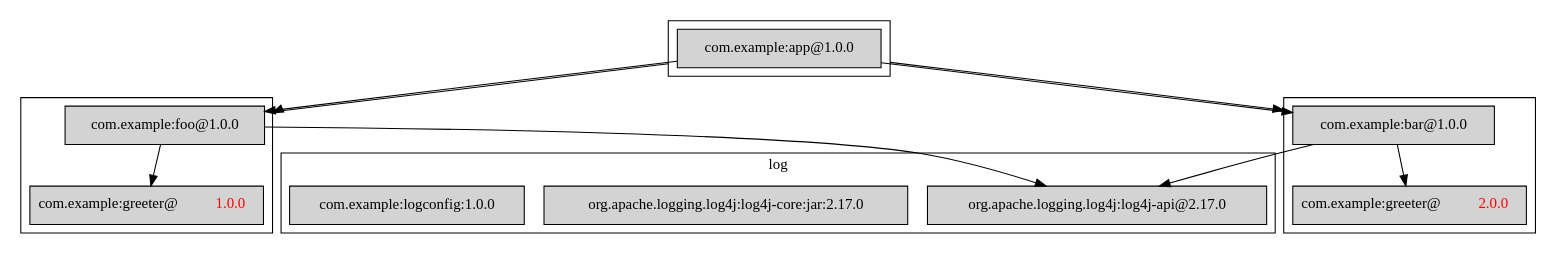
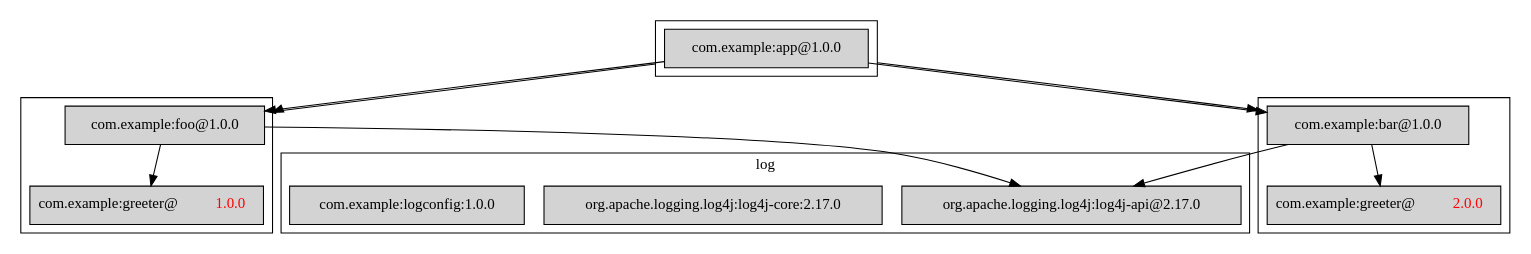
The diagram in images/example.dot (moditect/layrry), drawn with Graphviz before and after one commit. The commit also changed 128 other files, not shown here.

```diff
--- a/images/example.dot
+++ b/images/example.dot
@@ -1,45 +1,45 @@
 
 
 
 digraph "package dependencies"
 {
     node [shape=box]
     compound=true;
     
     subgraph cluster_log {
         node [style=filled];
         "org.apache.logging.log4j:log4j-api@2.17.0"
-        "org.apache.logging.log4j:log4j-core:jar:2.17.0"
+        "org.apache.logging.log4j:log4j-core:2.17.0"
         "com.example:logconfig:1.0.0"
     	label = "log";
     }
     
     subgraph cluster_foo {
         node [style=filled];
         
         
         "com.example:foo@1.0.0";
         "com.example:greeter@1.0.0" [label=<com.example:greeter@<font color='red'>1.0.0</font>>];
         
         "com.example:foo@1.0.0" -> "org.apache.logging.log4j:log4j-api@2.17.0";
         "com.example:foo@1.0.0" -> "com.example:greeter@1.0.0";
     }
     
     subgraph cluster_bar {
         node [style=filled];
         
         "com.example:greeter@2.0.0" [label=<com.example:greeter@<font color='red'>2.0.0</font>>];
         "com.example:bar@1.0.0" -> "org.apache.logging.log4j:log4j-api@2.17.0";
         "com.example:bar@1.0.0" -> "com.example:greeter@2.0.0";
     }
     
     subgraph cluster_app {
         node [style=filled];
         
         "com.example:app@1.0.0"  -> "com.example:foo@1.0.0";
         "com.example:app@1.0.0"  -> "com.example:bar@1.0.0";
         
         "com.example:app@1.0.0"  -> "com.example:foo@1.0.0" [ltail=cluster_app,lhead=cluster_foo];
         "com.example:app@1.0.0"  -> "com.example:bar@1.0.0" [ltail=cluster_app,lhead=cluster_bar];
     }
 }
```
